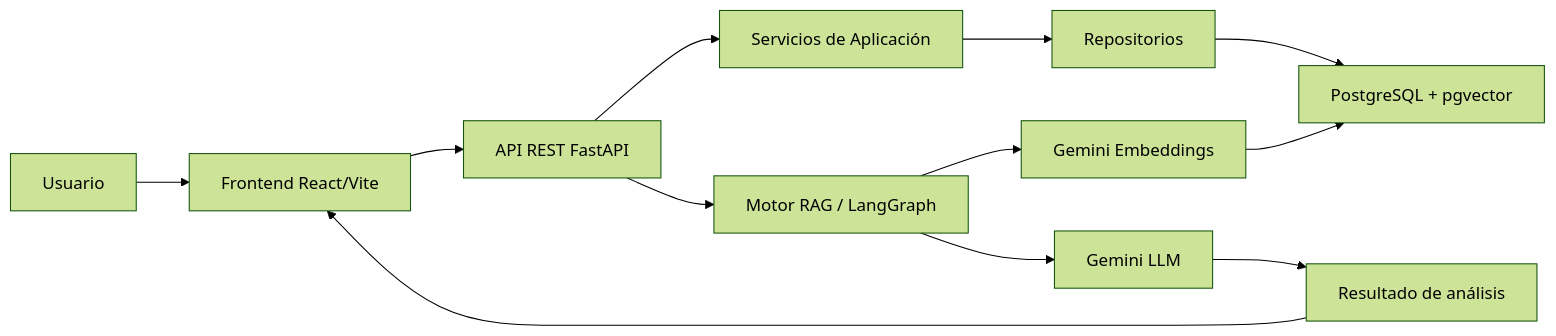
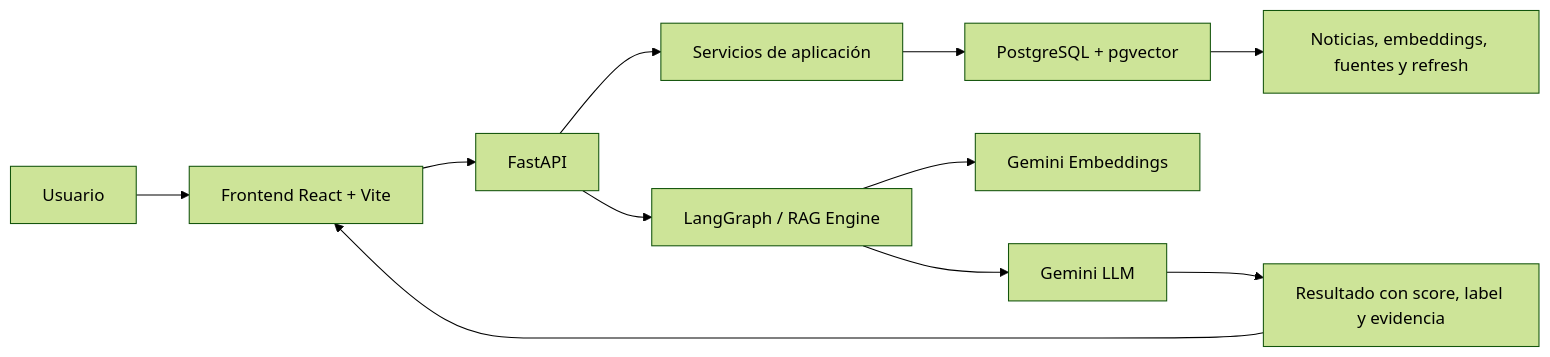
Before and after one commit to SecretWars007/RAGSystemFakeNews: the diagram in README.md, drawn with Mermaid (forest theme). The commit also changed other lines of this file, not shown here.

````diff
--- a/README.md
+++ b/README.md
@@ -78,14 +29,13 @@
 ```mermaid
 flowchart LR
-    A[Usuario] --> B[Frontend React/Vite]
-    B --> C[API REST FastAPI]
-    C --> D[Servicios de Aplicación]
-    D --> E[Repositorios]
-    E --> F[PostgreSQL + pgvector]
-    C --> G[Motor RAG / LangGraph]
-    G --> H[Gemini Embeddings]
-    G --> I[Gemini LLM]
-    H --> F
-    I --> J[Resultado de análisis]
+    A[Usuario] --> B[Frontend React + Vite]
+    B --> C[FastAPI]
+    C --> D[Servicios de aplicación]
+    D --> E[PostgreSQL + pgvector]
+    C --> F[LangGraph / RAG Engine]
+    F --> G[Gemini Embeddings]
+    F --> H[Gemini LLM]
+    E --> I[Noticias, embeddings, fuentes y refresh]
+    H --> J[Resultado con score, label y evidencia]
     J --> B
 ```
````
